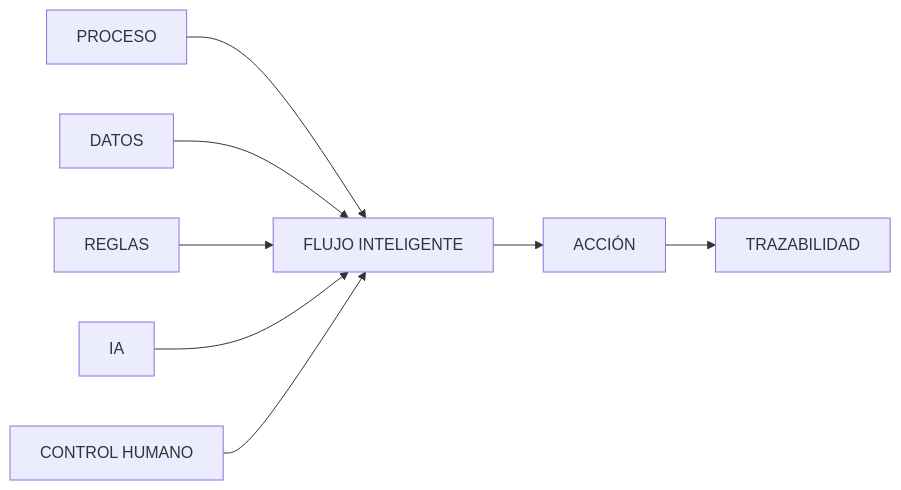
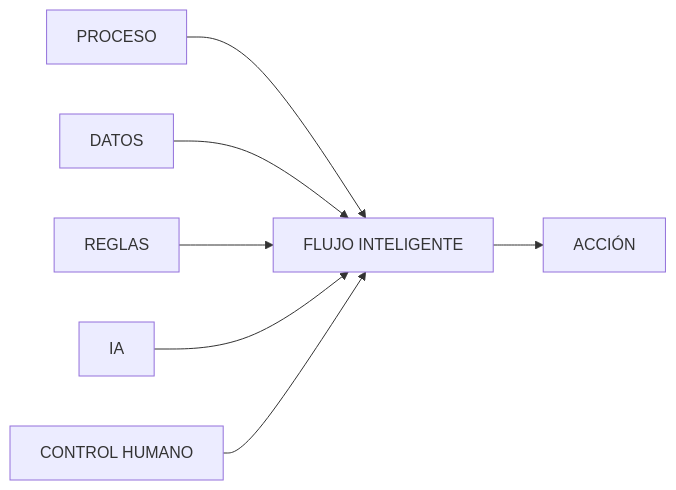
One commit to puyojulian-ascend/DiplomadoBIM.IA changed the second of 2 diagrams in docs/sessions/03-flujos-datos.md. Above: the diagram before and after it, drawn with Mermaid. The commit also changed other lines of this file and 4 other files, not shown here.

````diff
--- a/docs/sessions/03-flujos-datos.md
+++ b/docs/sessions/03-flujos-datos.md
@@ -1866,13 +743,12 @@
 ```mermaid
 flowchart LR
     A[PROCESO] --> F
     B[DATOS] --> F
     C[REGLAS] --> F
     D[IA] --> F
     E[CONTROL HUMANO] --> F
 
     F[FLUJO INTELIGENTE]
 
     F --> G[ACCIÓN]
-    G --> H[TRAZABILIDAD]
 ```
````
